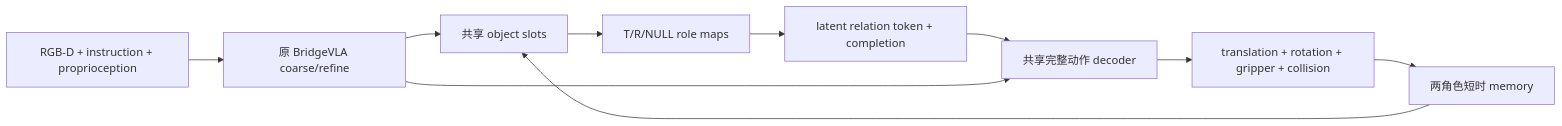
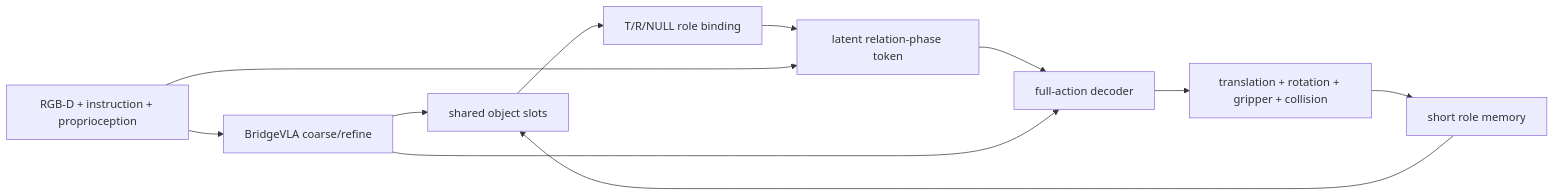
Before and after one commit to YW310/BridgeVLA: the diagram in docs/design/role-relation-prior.md, drawn with Mermaid. The commit also changed other lines of this file and 5 other files, not shown here.

````diff
--- a/docs/design/role-relation-prior.md
+++ b/docs/design/role-relation-prior.md
@@ -17,12 +12,13 @@
 ```mermaid
 flowchart LR
-    I[RGB-D + instruction + proprioception] --> B[原 BridgeVLA coarse/refine]
-    B --> S[共享 object slots]
-    M[两角色短时 memory] --> S
-    S --> R[T/R/NULL role maps]
-    R --> E[latent relation token + completion]
-    E --> A[共享完整动作 decoder]
+    I[RGB-D + instruction + proprioception] --> B[BridgeVLA coarse/refine]
+    B --> S[shared object slots]
+    M[short role memory] --> S
+    S --> R[T/R/NULL role binding]
+    R --> Z[latent relation-phase token]
+    I --> Z
+    Z --> A[full-action decoder]
     B --> A
     A --> Y[translation + rotation + gripper + collision]
     Y --> M
 ```
````
